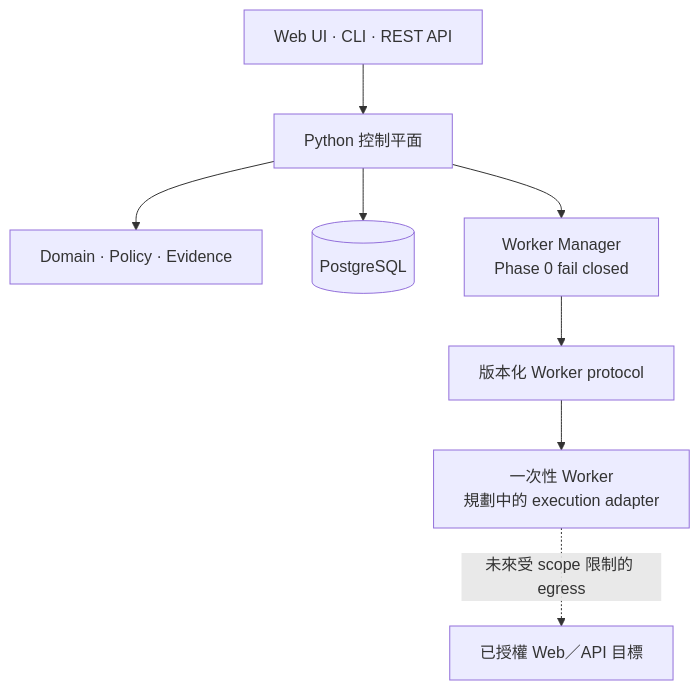
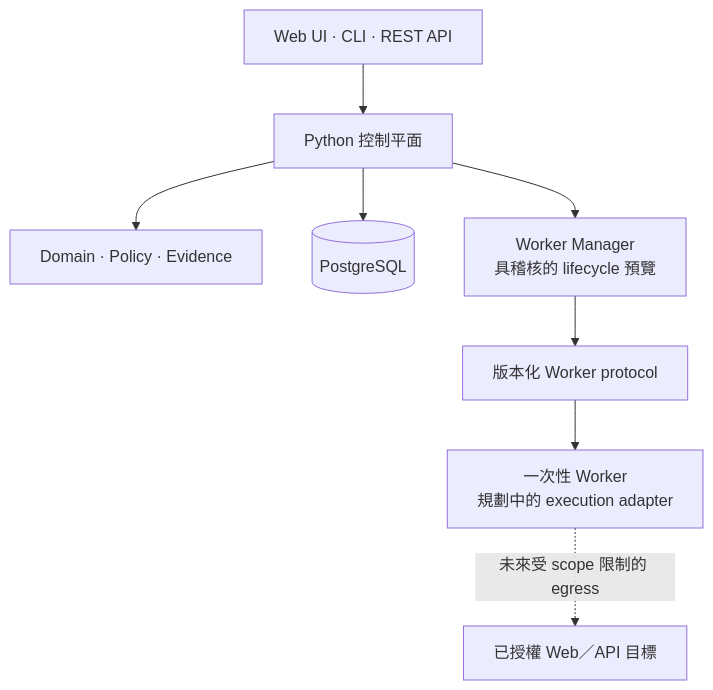
Before and after one commit to and910805/vuln-proof-claw: the diagram in README.zh-TW.md, drawn with Mermaid. The commit also changed other lines of this file and 28 other files, not shown here.

Commit message:
feat: add audited disposable worker lifecycle

````diff
--- a/README.zh-TW.md
+++ b/README.zh-TW.md
@@ -144,10 +144,10 @@
 ```mermaid
 flowchart TD
     Clients["Web UI · CLI · REST API"] --> Control["Python 控制平面"]
     Control --> Domain["Domain · Policy · Evidence"]
     Control --> Database[("PostgreSQL")]
-    Control --> Manager["Worker Manager<br/>Phase 0 fail closed"]
+    Control --> Manager["Worker Manager<br/>具稽核的 lifecycle 預覽"]
     Manager --> Protocol["版本化 Worker protocol"]
     Protocol --> Worker["一次性 Worker<br/>規劃中的 execution adapter"]
     Worker -. "未來受 scope 限制的 egress" .-> Target["已授權 Web／API 目標"]
 ```
````
